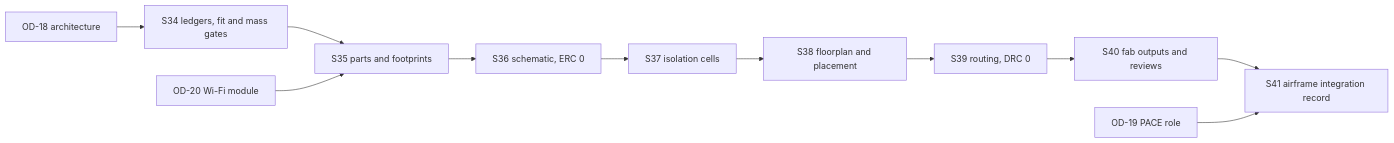
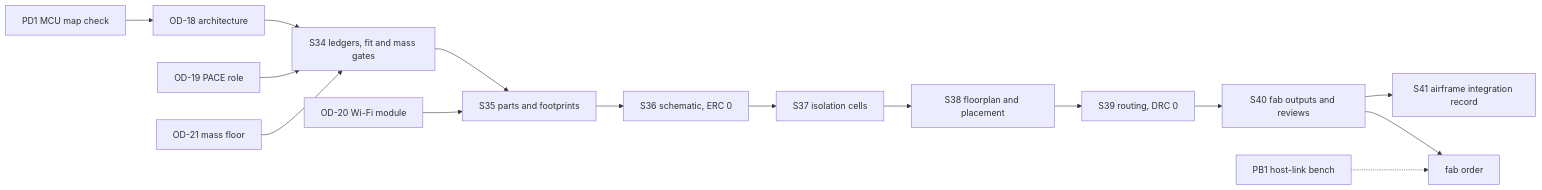
The diagram in docs/plans/2026-11-14-001-feat-nonfo-pilot-pb2-stern-stack-plan.md (Stab-Rabbit-coding/Serenity-UAV), drawn with Mermaid before and after one commit. The commit also changed other lines of this file and 4 other files, not shown here.

````diff
--- a/docs/plans/2026-11-14-001-feat-nonfo-pilot-pb2-stern-stack-plan.md
+++ b/docs/plans/2026-11-14-001-feat-nonfo-pilot-pb2-stern-stack-plan.md
@@ -152,13 +172,17 @@
 ```mermaid
 flowchart LR
   OD18[OD-18 architecture] --> S34
   S34[S34 ledgers, fit and mass gates] --> S35[S35 parts and footprints]
   OD20[OD-20 Wi-Fi module] --> S35
   S35 --> S36[S36 schematic, ERC 0]
   S36 --> S37[S37 isolation cells]
   S37 --> S38[S38 floorplan and placement]
   S38 --> S39[S39 routing, DRC 0]
   S39 --> S40[S40 fab outputs and reviews]
   S40 --> S41[S41 airframe integration record]
-  OD19[OD-19 PACE role] --> S41
+  OD19[OD-19 PACE role] --> S34
+  OD21[OD-21 mass floor] --> S34
+  PD1[PD1 MCU map check] --> OD18
+  PB1[PB1 host-link bench] -.-> FAB[fab order]
+  S40 --> FAB
 ```
````
